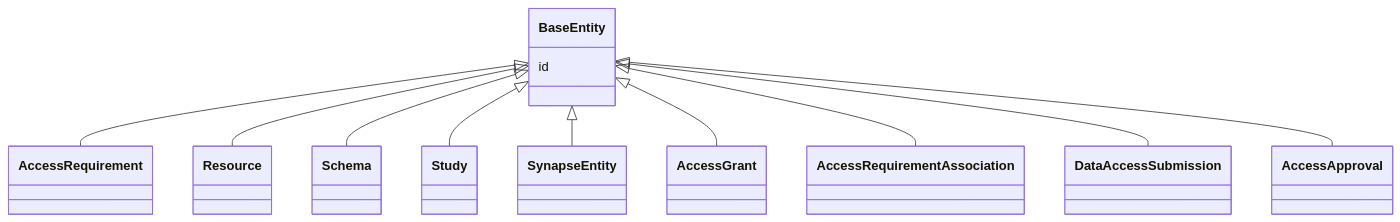
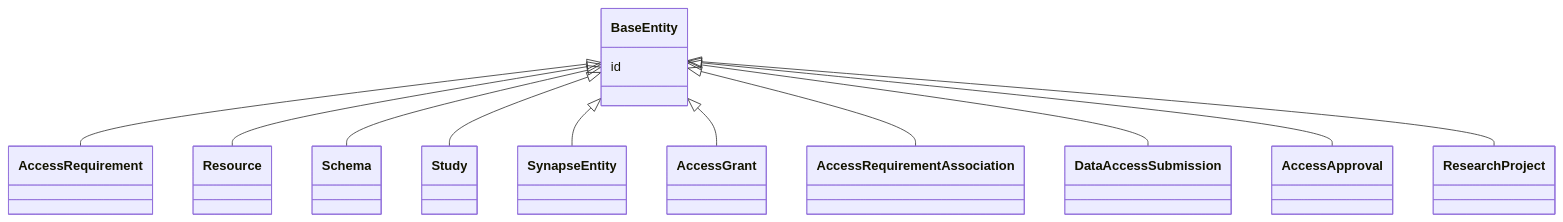
Before and after one commit to mc2-center/governanceDUO: the diagram in docs/reference/classes/BaseEntity.md, drawn with Mermaid. The commit also changed other lines of this file and 33 other files, not shown here.

First line of the commit message:
Add ResearchProject and Site, resolving gov:affiliatedWith with real data

````diff
--- a/docs/reference/classes/BaseEntity.md
+++ b/docs/reference/classes/BaseEntity.md
@@ -25,27 +25,29 @@
 ```mermaid
  classDiagram
     class BaseEntity
     click BaseEntity href "../../classes/BaseEntity/"
       BaseEntity <|-- AccessRequirement
         click AccessRequirement href "../../classes/AccessRequirement/"
       BaseEntity <|-- Resource
         click Resource href "../../classes/Resource/"
       BaseEntity <|-- Schema
         click Schema href "../../classes/Schema/"
       BaseEntity <|-- Study
         click Study href "../../classes/Study/"
       BaseEntity <|-- SynapseEntity
         click SynapseEntity href "../../classes/SynapseEntity/"
       BaseEntity <|-- AccessGrant
         click AccessGrant href "../../classes/AccessGrant/"
       BaseEntity <|-- AccessRequirementAssociation
         click AccessRequirementAssociation href "../../classes/AccessRequirementAssociation/"
       BaseEntity <|-- DataAccessSubmission
         click DataAccessSubmission href "../../classes/DataAccessSubmission/"
       BaseEntity <|-- AccessApproval
         click AccessApproval href "../../classes/AccessApproval/"
+      BaseEntity <|-- ResearchProject
+        click ResearchProject href "../../classes/ResearchProject/"
       
       BaseEntity : id
         
       
 ```
````
